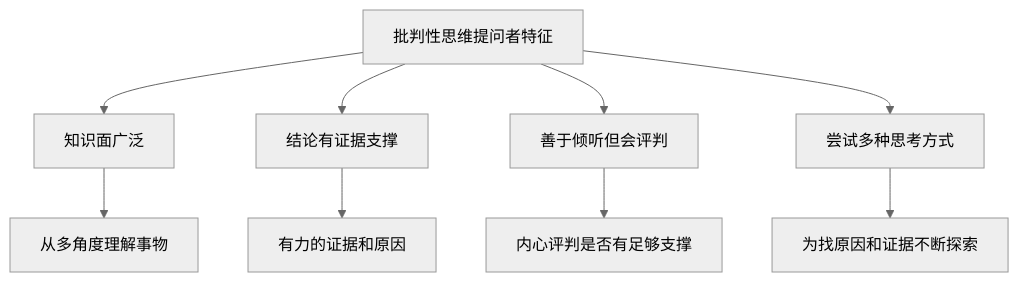
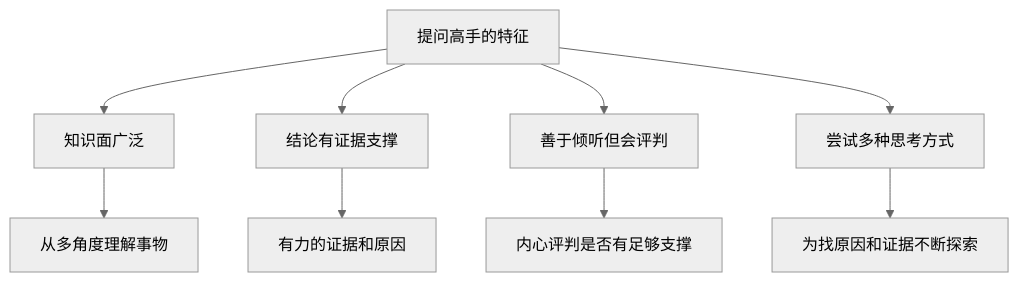
One commit to chongyang211/YCBookBlog changed the eighth of 10 diagrams in 10.自我进阶提升书/06.语言沟通的演进/6.6学会高效地提问.md. Above: the diagram before and after it, drawn with Mermaid (neutral theme). The commit also changed other lines of this file and 8 other files, not shown here.

````diff
--- a/10.自我进阶提升书/06.语言沟通的演进/6.6学会高效地提问.md
+++ b/10.自我进阶提升书/06.语言沟通的演进/6.6学会高效地提问.md
@@ -161,11 +231,11 @@
 ```mermaid
 graph TD
-    A[批判性思维提问者特征] --> B[知识面广泛]
+    A[提问高手的特征] --> B[知识面广泛]
     A --> C[结论有证据支撑]
     A --> D[善于倾听但会评判]
     A --> E[尝试多种思考方式]
     B --> B1[从多角度理解事物]
     C --> C1[有力的证据和原因]
     D --> D1[内心评判是否有足够支撑]
     E --> E1[为找原因和证据不断探索]
 ```
````
